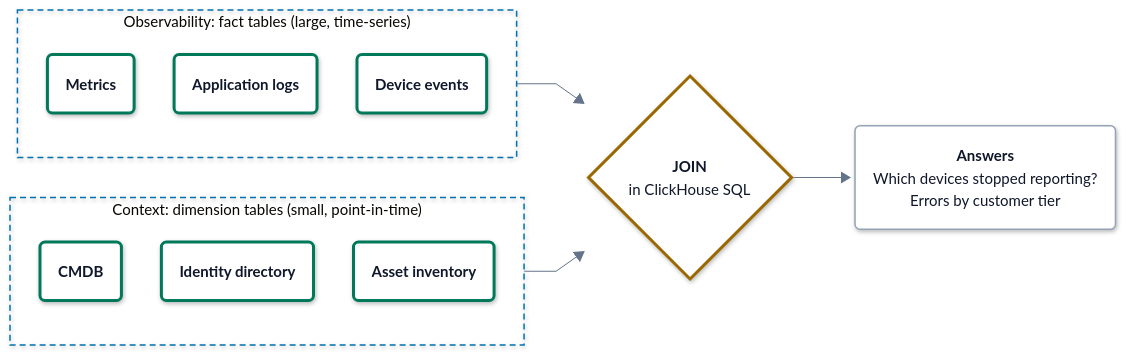
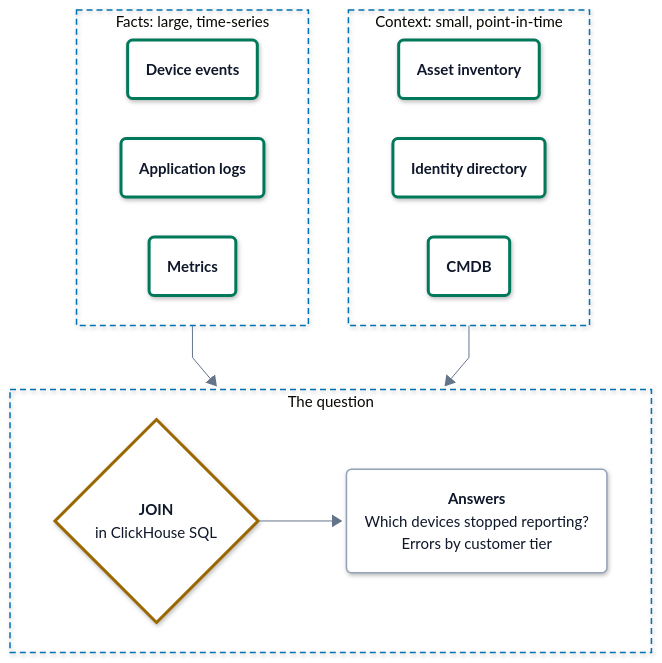
The diagram in docs-site/content-root/coming-from.md (hyperi-io/dfe-infra), drawn with Mermaid before and after one commit. The commit also changed other lines of this file and 17 other files, not shown here.

First line of the commit message:
docs(architecture): map suite in architecture.md and fit charts to 860 px (#1152)

````diff
--- a/docs-site/content-root/coming-from.md
+++ b/docs-site/content-root/coming-from.md
@@ -107,22 +107,29 @@
     .ui .label-icon{color:#D9480F}
     .ext .label-icon{color:#64748B}
 ---
-flowchart LR
+flowchart TB
   accTitle: L4 Detail -- Fact and dimension tables
   accDescr: Fact tables hold device events, application logs and metrics. Dimension tables hold the asset inventory, identity directory and CMDB. A JOIN in ClickHouse SQL combines them to answer questions such as which devices stopped reporting.
-  subgraph CTX["Context: dimension tables (small, point-in-time)"]
+  subgraph OBS["Facts: large, time-series"]
+    direction LR
+    F1("<b>Device events</b>")
+    F2("<b>Application logs</b>")
+    F3("<b>Metrics</b>")
+  end
+  subgraph CTX["Context: small, point-in-time"]
+    direction LR
+    D1("<b>Asset inventory</b>")
+    D2("<b>Identity directory</b>")
     D3("<b>CMDB</b>")
-    D2("<b>Identity directory</b>")
-    D1("<b>Asset inventory</b>")
   end
-  subgraph OBS["Observability: fact tables (large, time-series)"]
-    F3("<b>Metrics</b>")
-    F2("<b>Application logs</b>")
-    F1("<b>Device events</b>")
+  subgraph ASK["The question"]
+    direction LR
+    J{"<b>JOIN</b><br/><span>in ClickHouse SQL</span>"}
+    Q("<b>Answers</b><br/><span>Which devices stopped reporting?</span><br/><span>Errors by customer tier</span>")
+    J --> Q
   end
-  OBS --> J{"<b>JOIN</b><br/><span>in ClickHouse SQL</span>"}
-  CTX --> J
-  J --> Q("<b>Answers</b><br/><span>Which devices stopped reporting?</span><br/><span>Errors by customer tier</span>")
+  OBS --> ASK
+  CTX --> ASK
   class F1,F2,F3,D1,D2,D3 store
   class J decision
   class Q part
@@ -139,4 +146,5 @@
   classDef part fill:#FFFFFF,stroke:#94A3B8,stroke-width:1.5px,color:#0F172A
   style OBS fill:none,stroke:#0072B2,stroke-width:1.5px,stroke-dasharray:6 4
   style CTX fill:none,stroke:#0072B2,stroke-width:1.5px,stroke-dasharray:6 4
+  style ASK fill:none,stroke:#0072B2,stroke-width:1.5px,stroke-dasharray:6 4
 ```
````
